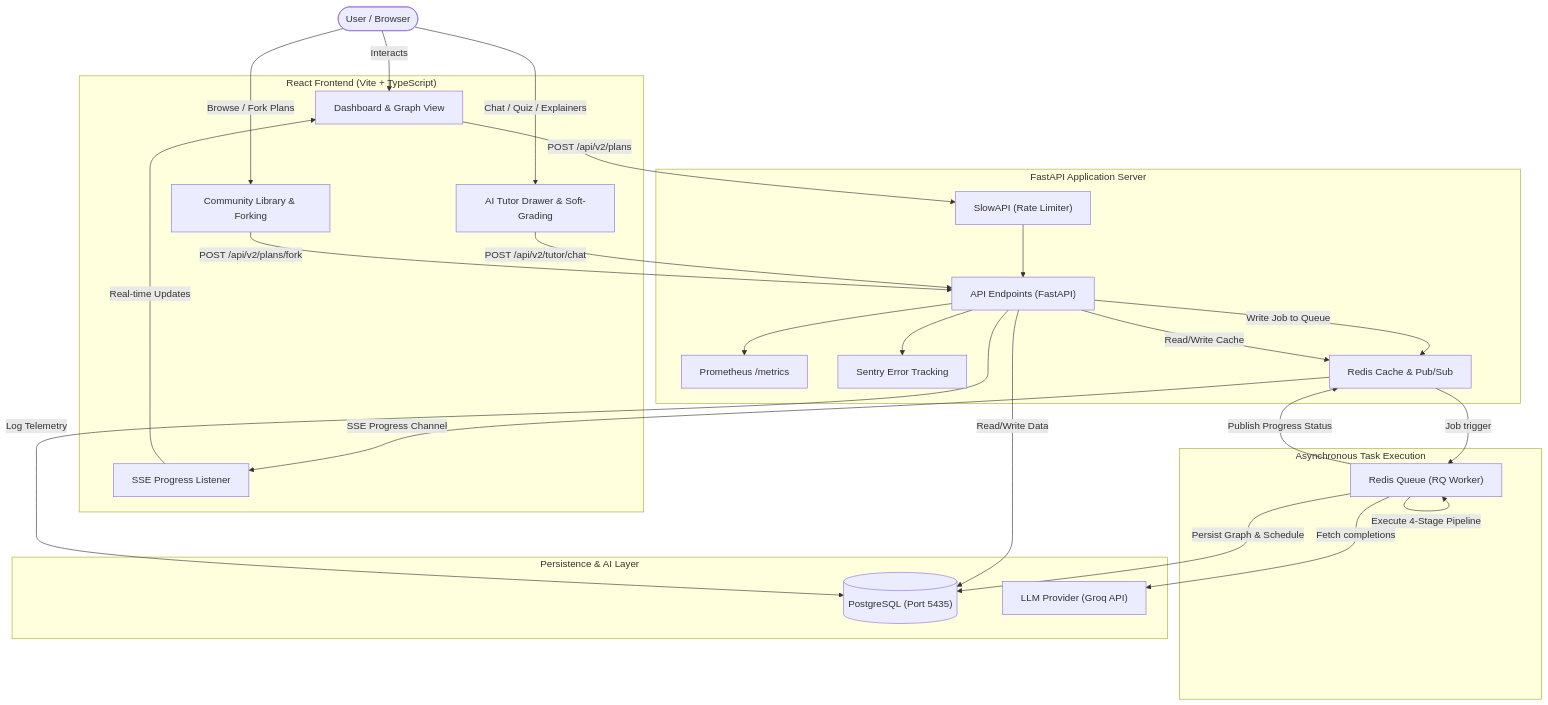
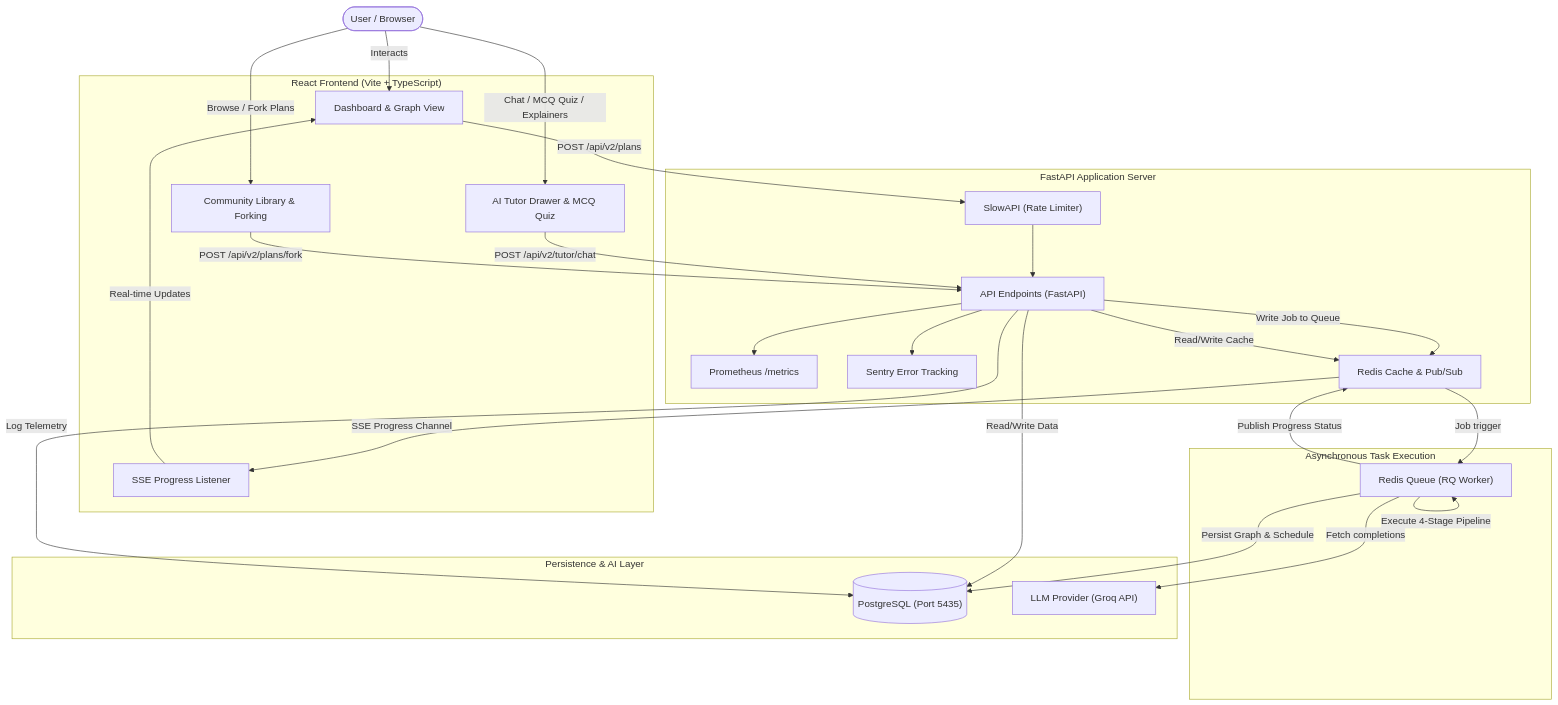
Before and after one commit to chavaliadi/conceptra: the first of 3 diagrams in README.md, drawn with Mermaid. The commit also changed other lines of this file, not shown here.

````diff
--- a/README.md
+++ b/README.md
@@ -13,53 +29,53 @@
 ```mermaid
 graph TD
     User([User / Browser])
     
     subgraph Frontend ["React Frontend (Vite + TypeScript)"]
         Dashboard["Dashboard & Graph View"]
-        TutorDrawer["AI Tutor Drawer & Soft-Grading"]
+        TutorDrawer["AI Tutor Drawer & MCQ Quiz"]
         CommunityLibrary["Community Library & Forking"]
         SSEListener["SSE Progress Listener"]
     end
     
     subgraph Backend ["FastAPI Application Server"]
         API["API Endpoints (FastAPI)"]
         RateLimiter["SlowAPI (Rate Limiter)"]
         Prometheus["Prometheus /metrics"]
         Sentry["Sentry Error Tracking"]
         Cache["Redis Cache & Pub/Sub"]
     end
     
     subgraph Queues ["Asynchronous Task Execution"]
         RQ["Redis Queue (RQ Worker)"]
     end
 
     subgraph Data ["Persistence & AI Layer"]
         DB[("PostgreSQL (Port 5435)")]
         Groq["LLM Provider (Groq API)"]
     end
 
     User -->|Interacts| Dashboard
-    User -->|Chat / Quiz / Explainers| TutorDrawer
+    User -->|Chat / MCQ Quiz / Explainers| TutorDrawer
     User -->|Browse / Fork Plans| CommunityLibrary
     
     Dashboard -->|POST /api/v2/plans| RateLimiter
     RateLimiter --> API
     TutorDrawer -->|POST /api/v2/tutor/chat| API
     CommunityLibrary -->|POST /api/v2/plans/fork| API
     
     API -->|Write Job to Queue| Cache
     API -->|Read/Write Cache| Cache
     API -->|Read/Write Data| DB
     API -->|Log Telemetry| DB
     API --> Prometheus
     API --> Sentry
     
     Cache -->|Job trigger| RQ
     RQ -->|Execute 4-Stage Pipeline| RQ
     RQ -->|Fetch completions| Groq
     RQ -->|Persist Graph & Schedule| DB
     RQ -->|Publish Progress Status| Cache
     
     Cache -->|SSE Progress Channel| SSEListener
     SSEListener -->|Real-time Updates| Dashboard
 ```
````
